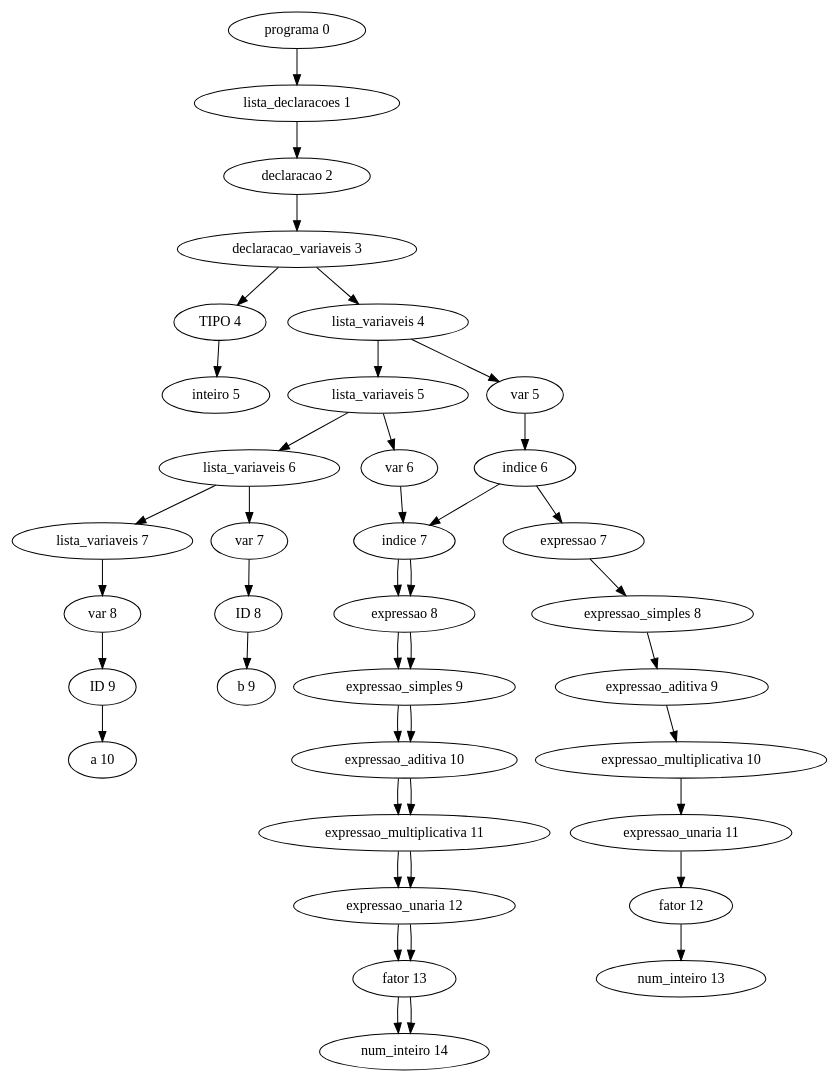
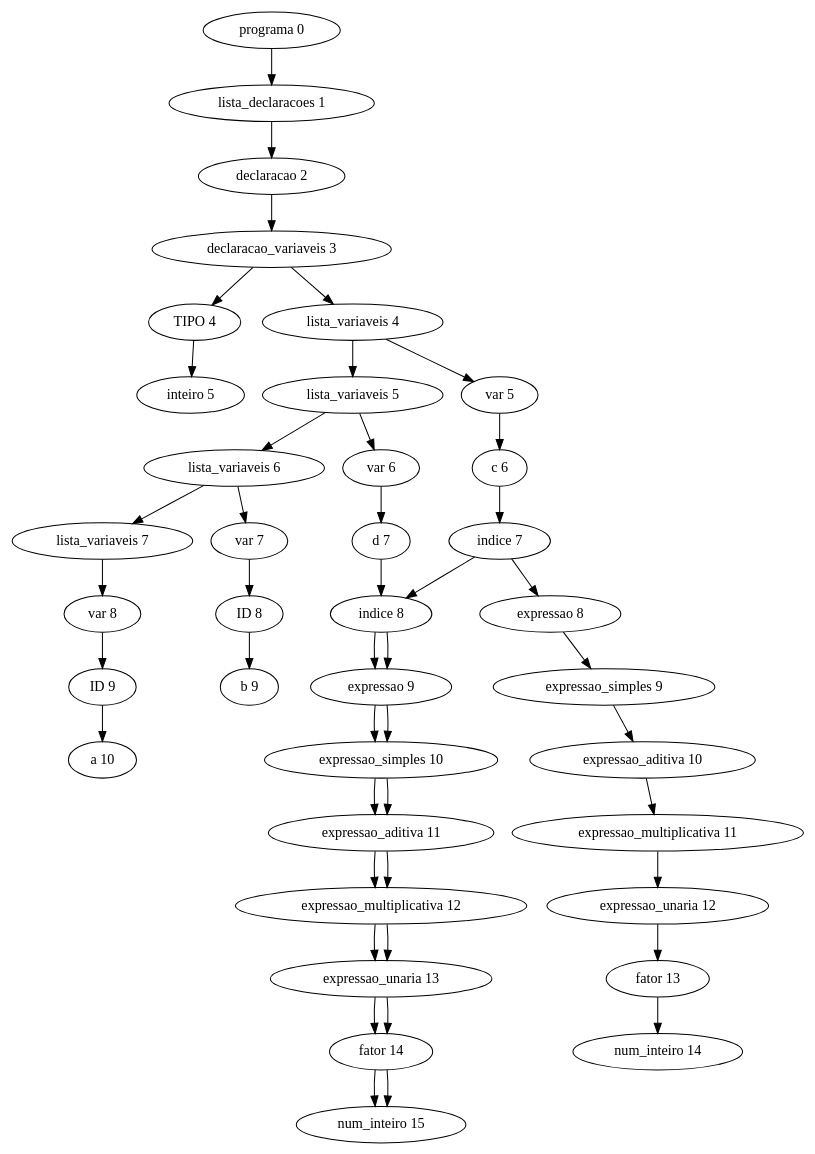
One commit to HenriqueRicardoFigueira/compila changed the diagram in compilador/Saidas/c.tpp.gv. Above: the diagram before and after it, drawn with Graphviz. The commit also changed 9 other files, not shown here.

```diff
--- a/compilador/Saidas/c.tpp.gv
+++ b/compilador/Saidas/c.tpp.gv
@@ -1,43 +1,45 @@
 digraph G {
 	"programa 0 " -> "lista_declaracoes 1 "
 	"lista_declaracoes 1 " -> "declaracao 2 "
 	"declaracao 2 " -> "declaracao_variaveis 3 "
 	"declaracao_variaveis 3 " -> "TIPO 4 "
 	"TIPO 4 " -> "inteiro 5 "
 	"declaracao_variaveis 3 " -> "lista_variaveis 4 "
 	"lista_variaveis 4 " -> "lista_variaveis 5 "
 	"lista_variaveis 5 " -> "lista_variaveis 6 "
 	"lista_variaveis 6 " -> "lista_variaveis 7 "
 	"lista_variaveis 7 " -> "var 8 "
 	"var 8 " -> "ID 9 "
 	"ID 9 " -> "a 10 "
 	"lista_variaveis 6 " -> "var 7 "
 	"var 7 " -> "ID 8 "
 	"ID 8 " -> "b 9 "
 	"lista_variaveis 5 " -> "var 6 "
-	"var 6 " -> "indice 7 "
+	"var 6 " -> "d 7 "
+	"d 7 " -> "indice 8 "
+	"indice 8 " -> "expressao 9 "
+	"expressao 9 " -> "expressao_simples 10 "
+	"expressao_simples 10 " -> "expressao_aditiva 11 "
+	"expressao_aditiva 11 " -> "expressao_multiplicativa 12 "
+	"expressao_multiplicativa 12 " -> "expressao_unaria 13 "
+	"expressao_unaria 13 " -> "fator 14 "
+	"fator 14 " -> "num_inteiro 15 "
+	"lista_variaveis 4 " -> "var 5 "
+	"var 5 " -> "c 6 "
+	"c 6 " -> "indice 7 "
+	"indice 7 " -> "indice 8 "
+	"indice 8 " -> "expressao 9 "
+	"expressao 9 " -> "expressao_simples 10 "
+	"expressao_simples 10 " -> "expressao_aditiva 11 "
+	"expressao_aditiva 11 " -> "expressao_multiplicativa 12 "
+	"expressao_multiplicativa 12 " -> "expressao_unaria 13 "
+	"expressao_unaria 13 " -> "fator 14 "
+	"fator 14 " -> "num_inteiro 15 "
 	"indice 7 " -> "expressao 8 "
 	"expressao 8 " -> "expressao_simples 9 "
 	"expressao_simples 9 " -> "expressao_aditiva 10 "
 	"expressao_aditiva 10 " -> "expressao_multiplicativa 11 "
 	"expressao_multiplicativa 11 " -> "expressao_unaria 12 "
 	"expressao_unaria 12 " -> "fator 13 "
 	"fator 13 " -> "num_inteiro 14 "
-	"lista_variaveis 4 " -> "var 5 "
-	"var 5 " -> "indice 6 "
-	"indice 6 " -> "indice 7 "
-	"indice 7 " -> "expressao 8 "
-	"expressao 8 " -> "expressao_simples 9 "
-	"expressao_simples 9 " -> "expressao_aditiva 10 "
-	"expressao_aditiva 10 " -> "expressao_multiplicativa 11 "
-	"expressao_multiplicativa 11 " -> "expressao_unaria 12 "
-	"expressao_unaria 12 " -> "fator 13 "
-	"fator 13 " -> "num_inteiro 14 "
-	"indice 6 " -> "expressao 7 "
-	"expressao 7 " -> "expressao_simples 8 "
-	"expressao_simples 8 " -> "expressao_aditiva 9 "
-	"expressao_aditiva 9 " -> "expressao_multiplicativa 10 "
-	"expressao_multiplicativa 10 " -> "expressao_unaria 11 "
-	"expressao_unaria 11 " -> "fator 12 "
-	"fator 12 " -> "num_inteiro 13 "
 }
```
